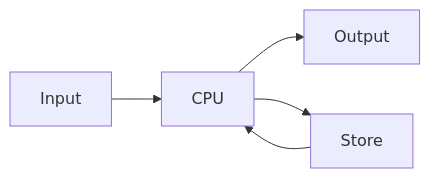
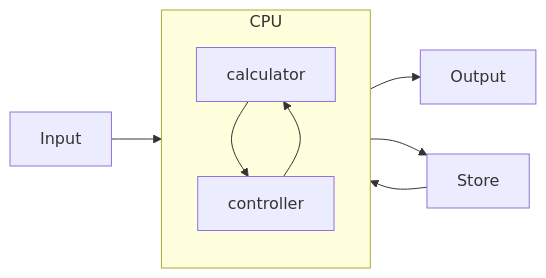
Before and after one commit to zz-f-g/cppwork: the first of 4 diagrams in basic.md, drawn with Mermaid. The commit also changed other lines of this file, not shown here.

````diff
--- a/basic.md
+++ b/basic.md
@@ -22,5 +22,9 @@
 ```mermaid
-graph LR
-Input --> CPU --> Output
-Store --> CPU --> Store
+flowchart LR
+    subgraph CPU
+        calculator --> controller
+        controller --> calculator
+    end
+    Input --> CPU --> Output
+    Store --> CPU --> Store
 ```
````
